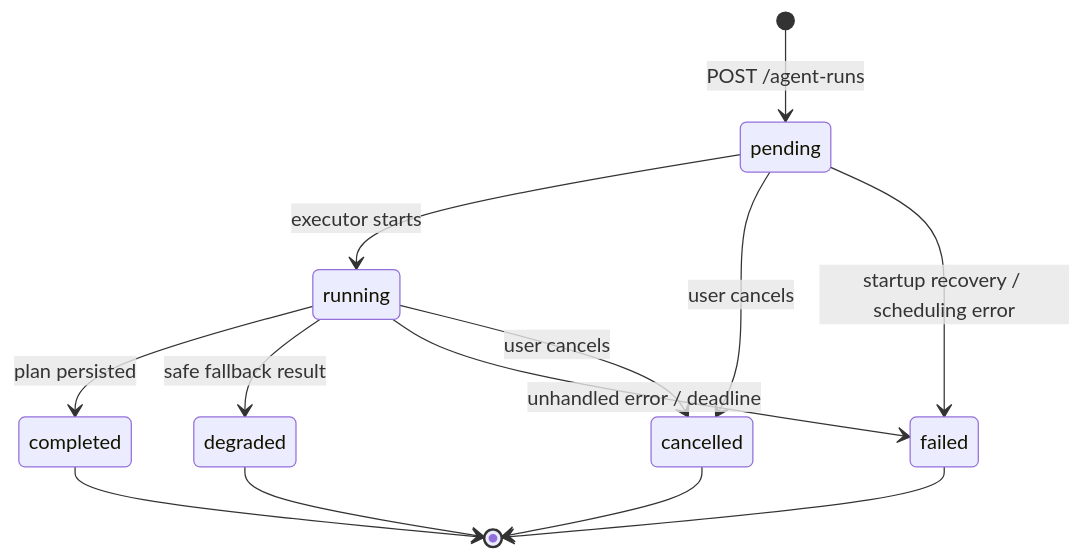
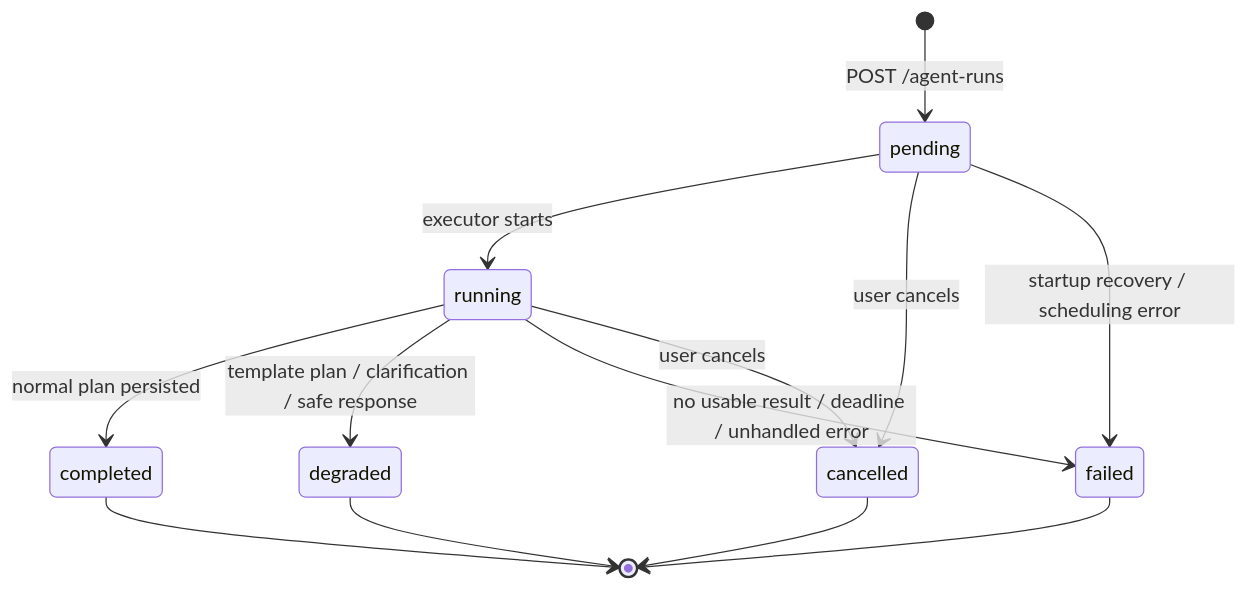
One commit to lyyjsr/career-planning-buddy changed the diagram in docs/model-design/state-machines/run-status.mmd. Above: the diagram before and after it, drawn with Mermaid. The commit also changed other lines of this file and 73 other files, not shown here.

````diff
--- a/docs/model-design/state-machines/run-status.mmd
+++ b/docs/model-design/state-machines/run-status.mmd
@@ -3,15 +3,15 @@
 ```mermaid
 stateDiagram-v2
     [*] --> pending: POST /agent-runs
     pending --> running: executor starts
     pending --> cancelled: user cancels
     pending --> failed: startup recovery / scheduling error
-    running --> completed: plan persisted
-    running --> degraded: safe fallback result
-    running --> failed: unhandled error / deadline
+    running --> completed: normal plan persisted
+    running --> degraded: template plan / clarification / safe response
+    running --> failed: no usable result / deadline / unhandled error
     running --> cancelled: user cancels
     completed --> [*]
     degraded --> [*]
     failed --> [*]
     cancelled --> [*]
 ```
````
